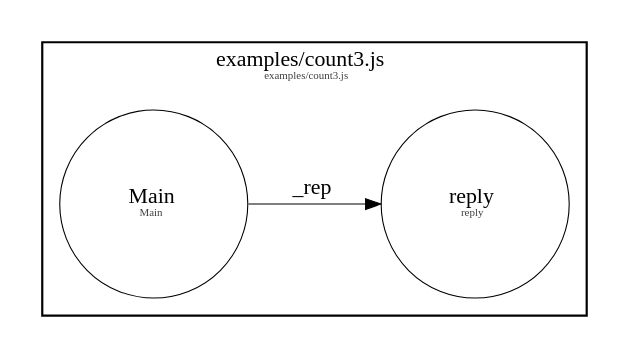
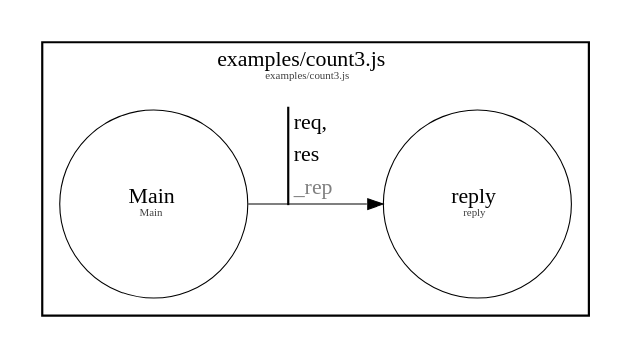
The diagram in graphs/count3.dot (etnbrd/flx-compiler), drawn with Graphviz before and after one commit. The commit also changed 12 other files, not shown here.

Commit message:
graphviz improved

```diff
--- a/graphs/count3.dot
+++ b/graphs/count3.dot
@@ -1,17 +1,17 @@
 digraph G {
 
   graph [ fontname="HelveticaNeue-Thin", fontcolor=black, fontsize=10, rankdir=LR ];
   node [ fontname="HelveticaNeue-Thin", fontcolor=black, fontsize=10, penwidth=0.5 shape=circle, fixedsize=true, width=1.2, height=1.2 ];
   edge [ fontname="HelveticaNeue-Thin", fontcolor=black, fontsize=10, penwidth=0.5 splines=line, arrowsize=0.7 ];
 
   subgraph cluster_iexamplescount3_js {
 
    label = <examples/count3.js<br/><font color="#404040" point-size="5">examples/count3.js</font>>;
 
     ireply [label=<reply<br/><font color="#404040" point-size="5">reply</font>>]
     iMain [label=<Main<br/><font color="#404040" point-size="5">Main</font>>]
 
-    iMain -> ireply [label=<<table border="0" cellspacing="0" cellborder="0"><tr><td align="left">_rep</td></tr></table>>]
+    iMain -> ireply [label=<<table border="0" cellspacing="0" cellborder="0"><tr><td rowspan="3" width="1" height="45 " bgcolor="black" fixedsize="true"></td><td align="left">req,</td></tr><tr><td align="left">res</td></tr><tr><td align="left"><font color="gray">_rep</font></td></tr></table>>]
   }
 
 }
```
